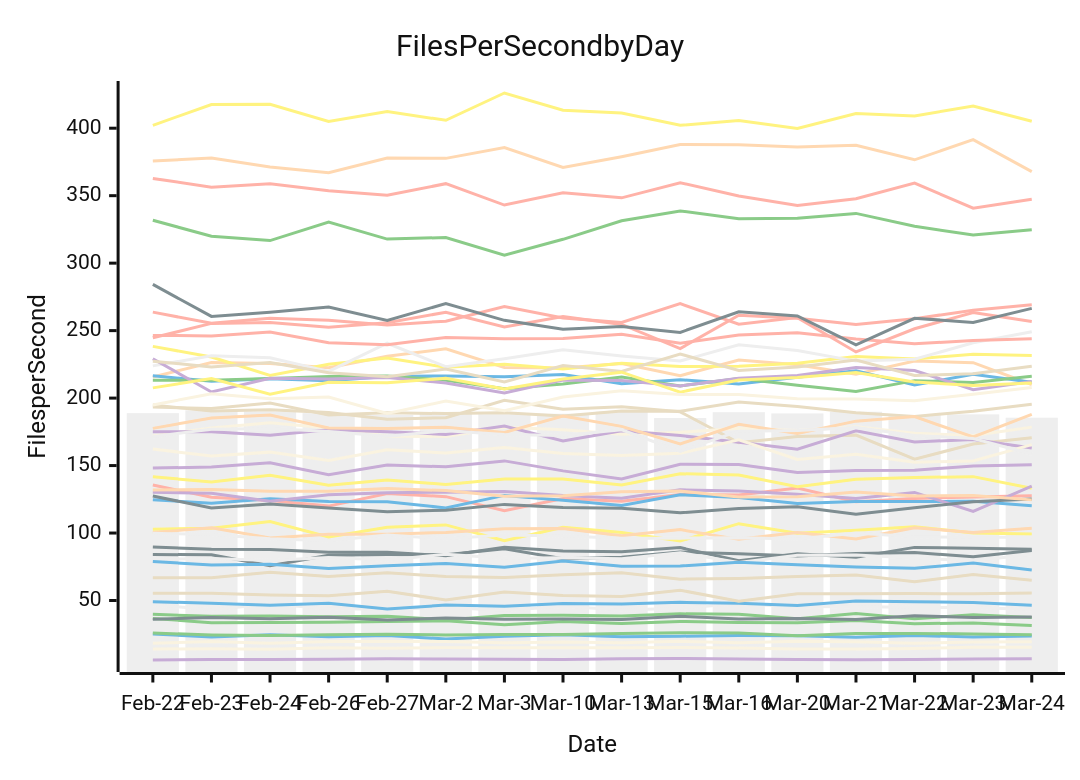
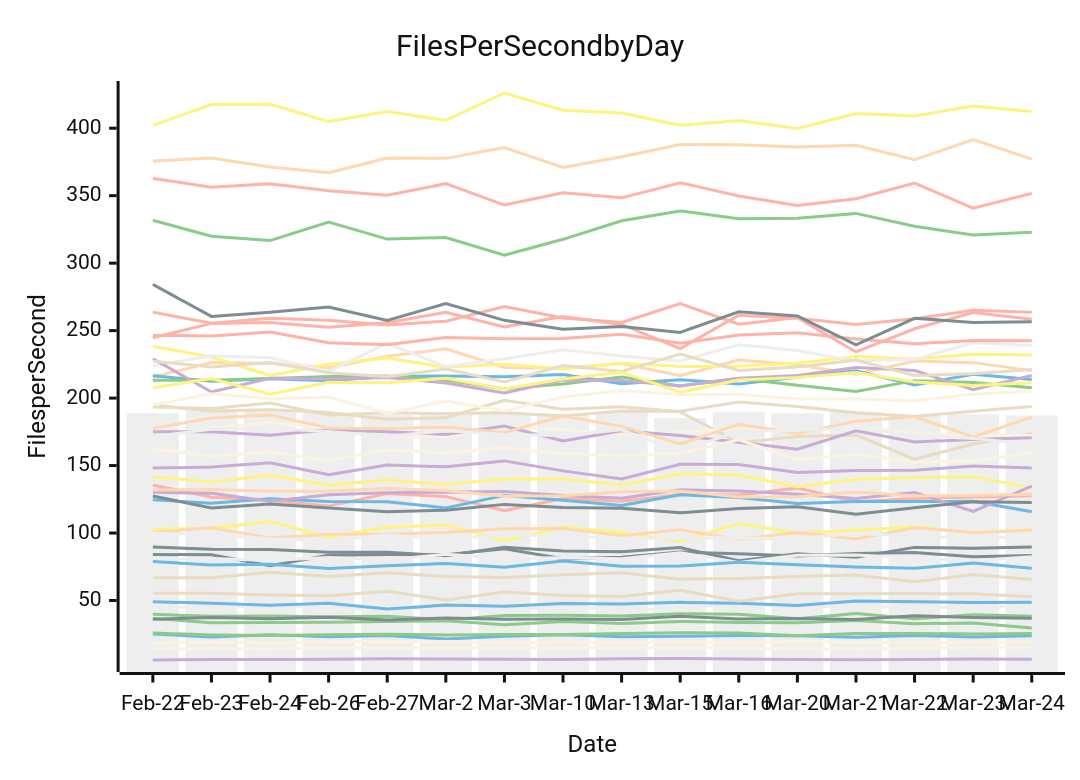
One commit to streetsidesoftware/cspell changed the diagram in perf-report.md. Above: the diagram before and after it, drawn with Mermaid (neutral theme). The commit also changed other lines of this file and 2 other files, not shown here.

````diff
--- a/perf-report.md
+++ b/perf-report.md
@@ -11,57 +11,57 @@
 ```mermaid
 xychart-beta
     title Files Per Second by Day
     y-axis Files per Second
     x-axis Date [Feb-22, Feb-23, Feb-24, Feb-26, Feb-27, Mar-2, Mar-3, Mar-10, Mar-13, Mar-15, Mar-16, Mar-20, Mar-21, Mar-22, Mar-23, Mar-24]
-    bar [188.84, 190.95, 190.14, 188.86, 187.47, 189.15, 187.99, 188.38, 189.98, 185.21, 189.57, 188.63, 189.87, 187.45, 187.93, 185.46]
-    line [25.16, 23.04, 24.66, 23.19, 24.07, 21.50, 23.56, 24.56, 23.16, 23.57, 24.07, 23.83, 22.72, 24.07, 23.01, 23.70]
-    line [39.75, 38.29, 38.55, 38.02, 38.35, 35.65, 38.90, 38.99, 38.46, 40.13, 39.77, 36.42, 40.38, 36.50, 39.38, 37.42]
-    line [5.92, 6.38, 6.30, 6.44, 6.78, 6.62, 6.55, 6.32, 6.79, 7.12, 6.59, 6.35, 6.19, 6.26, 6.60, 6.79]
-    line [66.82, 66.94, 70.88, 67.89, 70.56, 67.78, 66.98, 69.18, 70.51, 65.83, 66.30, 67.73, 68.98, 63.91, 69.35, 65.05]
-    line [135.57, 126.55, 124.20, 119.96, 129.35, 126.96, 116.50, 125.61, 123.50, 128.64, 128.22, 133.34, 123.28, 125.66, 126.65, 127.56]
-    line [102.79, 103.56, 108.60, 97.11, 104.32, 106.04, 94.30, 104.19, 100.36, 94.07, 106.95, 99.82, 102.15, 104.63, 100.11, 99.21]
-    line [84.08, 83.91, 75.76, 83.59, 84.08, 83.89, 88.30, 81.02, 82.11, 85.90, 84.63, 82.99, 84.87, 85.57, 82.40, 87.06]
-    line [215.58, 226.36, 225.70, 222.46, 230.96, 236.51, 222.64, 222.38, 225.56, 216.60, 228.18, 224.68, 217.69, 227.52, 226.28, 210.09]
-    line [18.38, 19.68, 18.34, 19.60, 19.60, 19.63, 18.78, 19.22, 18.67, 19.78, 18.71, 19.79, 19.47, 18.35, 19.30, 19.48]
-    line [46.89, 43.13, 47.48, 43.86, 43.58, 44.95, 42.68, 45.79, 43.00, 44.30, 47.55, 45.42, 45.55, 44.76, 44.94, 43.23]
-    line [124.67, 122.06, 125.40, 123.31, 123.27, 118.58, 127.90, 124.38, 120.45, 128.40, 126.26, 121.85, 123.29, 123.31, 123.57, 120.28]
-    line [331.76, 320.00, 316.72, 330.45, 317.84, 319.02, 305.87, 317.67, 331.44, 338.69, 332.97, 333.24, 336.87, 327.34, 320.84, 324.76]
-    line [148.15, 148.90, 152.11, 143.30, 150.41, 149.07, 153.47, 146.06, 140.05, 150.95, 150.81, 144.94, 146.39, 146.52, 149.65, 150.55]
-    line [194.82, 190.50, 191.36, 189.34, 184.31, 185.47, 198.42, 191.68, 193.62, 189.84, 166.89, 171.60, 172.56, 154.71, 166.00, 170.54]
-    line [244.70, 255.35, 256.03, 252.54, 255.82, 263.63, 252.65, 260.43, 254.55, 236.73, 261.47, 259.22, 254.59, 258.80, 265.17, 269.15]
-    line [141.79, 137.76, 142.75, 135.42, 139.26, 136.06, 139.99, 140.01, 135.63, 143.93, 142.95, 134.36, 139.82, 141.15, 141.79, 133.17]
-    line [89.64, 87.93, 87.72, 85.68, 85.69, 83.26, 89.40, 86.73, 86.09, 89.20, 79.46, 84.64, 82.02, 89.37, 88.80, 87.93]
-    line [375.70, 377.89, 371.33, 366.95, 377.92, 377.66, 385.69, 370.91, 378.91, 387.90, 387.80, 386.06, 387.41, 376.59, 391.51, 367.84]
-    line [14.08, 14.28, 13.96, 14.98, 14.69, 15.09, 15.05, 14.93, 14.92, 15.23, 14.84, 14.06, 13.99, 14.45, 15.39, 15.32]
-    line [80.37, 81.15, 79.72, 81.93, 80.10, 84.29, 81.35, 81.66, 80.93, 85.41, 78.19, 83.51, 83.81, 81.43, 79.47, 84.14]
-    line [49.05, 48.06, 46.41, 47.91, 43.77, 46.60, 45.68, 47.70, 47.47, 48.64, 47.90, 46.22, 49.72, 49.15, 48.47, 46.41]
-    line [36.75, 33.50, 33.75, 33.98, 34.43, 34.99, 32.10, 34.36, 33.03, 34.53, 33.80, 33.49, 35.23, 32.80, 33.41, 31.42]
-    line [130.26, 129.44, 123.58, 128.31, 129.87, 130.27, 130.71, 127.81, 125.76, 132.01, 131.14, 128.67, 125.67, 130.11, 116.06, 134.73]
-    line [55.45, 55.44, 54.09, 53.55, 56.91, 50.34, 56.33, 53.77, 52.96, 57.64, 49.40, 55.01, 55.07, 55.14, 54.97, 55.59]
-    line [263.71, 255.40, 259.16, 257.65, 254.22, 257.02, 267.92, 259.39, 256.02, 269.97, 254.79, 259.65, 234.19, 251.38, 263.45, 256.83]
-    line [238.32, 230.44, 216.76, 225.02, 229.69, 222.82, 225.14, 221.56, 225.82, 223.33, 223.62, 225.78, 230.86, 229.00, 232.44, 231.53]
-    line [127.43, 118.55, 121.57, 118.53, 115.70, 116.93, 121.24, 118.95, 118.40, 114.99, 118.14, 119.47, 113.95, 118.70, 123.16, 125.31]
-    line [100.38, 103.85, 96.33, 99.09, 99.19, 100.48, 103.18, 103.33, 98.05, 102.55, 95.32, 100.34, 95.68, 103.94, 100.49, 103.51]
-    line [171.99, 177.77, 181.65, 177.93, 171.71, 171.61, 178.31, 176.56, 173.19, 174.63, 177.66, 175.92, 178.79, 174.01, 172.30, 178.48]
-    line [223.87, 231.37, 229.84, 219.75, 240.64, 223.28, 229.19, 235.85, 231.18, 227.46, 239.47, 235.22, 227.41, 228.79, 241.01, 249.20]
-    line [216.61, 212.54, 214.33, 212.86, 215.99, 216.40, 215.81, 217.40, 210.64, 213.63, 210.38, 215.44, 220.20, 209.66, 217.73, 211.67]
-    line [213.31, 213.15, 214.61, 215.98, 216.39, 213.20, 207.00, 210.46, 215.67, 209.05, 214.60, 209.59, 204.82, 212.94, 211.50, 216.14]
-    line [175.03, 175.02, 172.48, 176.50, 175.06, 173.05, 179.29, 168.17, 175.84, 172.23, 167.20, 162.09, 175.73, 167.53, 169.26, 163.10]
-    line [193.32, 192.22, 196.28, 187.50, 189.10, 188.54, 189.19, 186.81, 190.52, 190.26, 197.02, 193.75, 189.15, 186.42, 190.28, 195.47]
-    line [246.48, 246.10, 248.98, 240.98, 239.52, 244.96, 243.99, 244.22, 247.23, 240.74, 246.80, 248.37, 243.77, 240.29, 242.61, 244.02]
-    line [402.15, 417.55, 417.69, 405.05, 412.32, 405.86, 426.09, 413.29, 411.20, 402.18, 405.65, 399.88, 410.92, 409.10, 416.42, 405.21]
-    line [36.10, 37.37, 36.52, 37.66, 35.60, 37.02, 36.08, 36.38, 35.91, 38.37, 36.25, 36.61, 35.87, 38.67, 37.37, 37.84]
-    line [177.56, 185.31, 187.50, 177.93, 177.54, 178.41, 174.58, 186.65, 179.06, 166.05, 180.55, 173.75, 182.92, 186.30, 171.18, 187.97]
-    line [162.30, 157.06, 159.96, 153.79, 161.66, 159.28, 163.36, 159.01, 157.48, 159.10, 169.05, 154.54, 158.47, 152.54, 153.40, 165.56]
-    line [99.76, 98.90, 95.69, 94.30, 98.50, 95.82, 98.55, 97.82, 96.22, 96.21, 96.60, 95.61, 100.00, 97.34, 96.90, 96.95]
-    line [78.95, 76.37, 76.80, 73.75, 75.77, 77.40, 74.68, 79.36, 75.39, 75.58, 78.40, 76.58, 74.92, 73.83, 77.77, 72.58]
-    line [25.87, 24.49, 24.03, 24.62, 25.06, 24.45, 24.76, 24.74, 25.60, 26.18, 25.98, 23.83, 25.61, 25.64, 25.22, 24.68]
-    line [229.20, 204.56, 214.62, 214.22, 215.21, 211.23, 203.79, 213.30, 213.00, 209.05, 214.75, 216.78, 222.67, 220.47, 206.28, 212.36]
-    line [227.37, 223.02, 226.36, 218.81, 215.75, 221.50, 212.02, 224.11, 219.75, 232.68, 220.52, 223.12, 228.15, 216.79, 218.07, 223.68]
-    line [362.80, 356.26, 358.85, 353.61, 350.32, 358.90, 343.06, 352.21, 348.39, 359.59, 349.81, 342.75, 347.71, 359.34, 340.76, 347.39]
-    line [207.58, 214.51, 202.85, 211.79, 211.44, 214.66, 206.78, 214.22, 219.20, 204.44, 213.42, 215.32, 218.95, 211.96, 209.30, 211.22]
-    line [284.25, 260.54, 263.62, 267.57, 257.62, 270.01, 257.62, 250.97, 253.10, 248.68, 263.99, 260.91, 239.46, 259.16, 256.10, 266.48]
-    line [131.83, 132.27, 131.01, 131.00, 133.00, 131.45, 127.22, 127.60, 130.54, 131.20, 126.76, 126.98, 130.36, 127.52, 127.75, 124.58]
-    line [194.87, 203.28, 199.45, 200.84, 188.59, 197.81, 190.62, 200.86, 205.50, 202.63, 202.69, 199.56, 199.40, 197.96, 202.91, 207.84]
-    line [171.39, 176.96, 177.51, 175.27, 171.69, 175.82, 173.02, 172.27, 176.52, 160.55, 175.49, 175.91, 178.24, 172.29, 170.07, 158.58]
+    bar [188.84, 190.95, 190.14, 188.86, 187.47, 189.15, 187.99, 188.38, 189.98, 185.21, 189.57, 188.63, 189.87, 187.45, 187.93, 187.15]
+    line [25.16, 23.04, 24.66, 23.19, 24.07, 21.50, 23.56, 24.56, 23.16, 23.57, 24.07, 23.83, 22.72, 24.07, 23.01, 23.84]
+    line [39.75, 38.29, 38.55, 38.02, 38.35, 35.65, 38.90, 38.99, 38.46, 40.13, 39.77, 36.42, 40.38, 36.50, 39.38, 38.42]
+    line [5.92, 6.38, 6.30, 6.44, 6.78, 6.62, 6.55, 6.32, 6.79, 7.12, 6.59, 6.35, 6.19, 6.26, 6.60, 6.49]
+    line [66.82, 66.94, 70.88, 67.89, 70.56, 67.78, 66.98, 69.18, 70.51, 65.83, 66.30, 67.73, 68.98, 63.91, 69.35, 65.56]
+    line [135.57, 126.55, 124.20, 119.96, 129.35, 126.96, 116.50, 125.61, 123.50, 128.64, 128.22, 133.34, 123.28, 125.66, 126.65, 127.66]
+    line [102.79, 103.56, 108.60, 97.11, 104.32, 106.04, 94.30, 104.19, 100.36, 94.07, 106.95, 99.82, 102.15, 104.63, 100.11, 102.72]
+    line [84.08, 83.91, 75.76, 83.59, 84.08, 83.89, 88.30, 81.02, 82.11, 85.90, 84.63, 82.99, 84.87, 85.57, 82.40, 83.37]
+    line [215.58, 226.36, 225.70, 222.46, 230.96, 236.51, 222.64, 222.38, 225.56, 216.60, 228.18, 224.68, 217.69, 227.52, 226.28, 220.35]
+    line [18.38, 19.68, 18.34, 19.60, 19.60, 19.63, 18.78, 19.22, 18.67, 19.78, 18.71, 19.79, 19.47, 18.35, 19.30, 19.22]
+    line [46.89, 43.13, 47.48, 43.86, 43.58, 44.95, 42.68, 45.79, 43.00, 44.30, 47.55, 45.42, 45.55, 44.76, 44.94, 45.95]
+    line [124.67, 122.06, 125.40, 123.31, 123.27, 118.58, 127.90, 124.38, 120.45, 128.40, 126.26, 121.85, 123.29, 123.31, 123.57, 115.84]
+    line [331.76, 320.00, 316.72, 330.45, 317.84, 319.02, 305.87, 317.67, 331.44, 338.69, 332.97, 333.24, 336.87, 327.34, 320.84, 322.86]
+    line [148.15, 148.90, 152.11, 143.30, 150.41, 149.07, 153.47, 146.06, 140.05, 150.95, 150.81, 144.94, 146.39, 146.52, 149.65, 148.27]
+    line [194.82, 190.50, 191.36, 189.34, 184.31, 185.47, 198.42, 191.68, 193.62, 189.84, 166.89, 171.60, 172.56, 154.71, 166.00, 173.76]
+    line [244.70, 255.35, 256.03, 252.54, 255.82, 263.63, 252.65, 260.43, 254.55, 236.73, 261.47, 259.22, 254.59, 258.80, 265.17, 263.64]
+    line [141.79, 137.76, 142.75, 135.42, 139.26, 136.06, 139.99, 140.01, 135.63, 143.93, 142.95, 134.36, 139.82, 141.15, 141.79, 133.38]
+    line [89.64, 87.93, 87.72, 85.68, 85.69, 83.26, 89.40, 86.73, 86.09, 89.20, 79.46, 84.64, 82.02, 89.37, 88.80, 89.61]
+    line [375.70, 377.89, 371.33, 366.95, 377.92, 377.66, 385.69, 370.91, 378.91, 387.90, 387.80, 386.06, 387.41, 376.59, 391.51, 377.14]
+    line [14.08, 14.28, 13.96, 14.98, 14.69, 15.09, 15.05, 14.93, 14.92, 15.23, 14.84, 14.06, 13.99, 14.45, 15.39, 15.36]
+    line [80.37, 81.15, 79.72, 81.93, 80.10, 84.29, 81.35, 81.66, 80.93, 85.41, 78.19, 83.51, 83.81, 81.43, 79.47, 82.42]
+    line [49.05, 48.06, 46.41, 47.91, 43.77, 46.60, 45.68, 47.70, 47.47, 48.64, 47.90, 46.22, 49.72, 49.15, 48.47, 48.65]
+    line [36.75, 33.50, 33.75, 33.98, 34.43, 34.99, 32.10, 34.36, 33.03, 34.53, 33.80, 33.49, 35.23, 32.80, 33.41, 29.57]
+    line [130.26, 129.44, 123.58, 128.31, 129.87, 130.27, 130.71, 127.81, 125.76, 132.01, 131.14, 128.67, 125.67, 130.11, 116.06, 134.85]
+    line [55.45, 55.44, 54.09, 53.55, 56.91, 50.34, 56.33, 53.77, 52.96, 57.64, 49.40, 55.01, 55.07, 55.14, 54.97, 52.74]
+    line [263.71, 255.40, 259.16, 257.65, 254.22, 257.02, 267.92, 259.39, 256.02, 269.97, 254.79, 259.65, 234.19, 251.38, 263.45, 258.50]
+    line [238.32, 230.44, 216.76, 225.02, 229.69, 222.82, 225.14, 221.56, 225.82, 223.33, 223.62, 225.78, 230.86, 229.00, 232.44, 231.98]
+    line [127.43, 118.55, 121.57, 118.53, 115.70, 116.93, 121.24, 118.95, 118.40, 114.99, 118.14, 119.47, 113.95, 118.70, 123.16, 122.67]
+    line [100.38, 103.85, 96.33, 99.09, 99.19, 100.48, 103.18, 103.33, 98.05, 102.55, 95.32, 100.34, 95.68, 103.94, 100.49, 102.11]
+    line [171.99, 177.77, 181.65, 177.93, 171.71, 171.61, 178.31, 176.56, 173.19, 174.63, 177.66, 175.92, 178.79, 174.01, 172.30, 172.31]
+    line [223.87, 231.37, 229.84, 219.75, 240.64, 223.28, 229.19, 235.85, 231.18, 227.46, 239.47, 235.22, 227.41, 228.79, 241.01, 238.96]
+    line [216.61, 212.54, 214.33, 212.86, 215.99, 216.40, 215.81, 217.40, 210.64, 213.63, 210.38, 215.44, 220.20, 209.66, 217.73, 213.87]
+    line [213.31, 213.15, 214.61, 215.98, 216.39, 213.20, 207.00, 210.46, 215.67, 209.05, 214.60, 209.59, 204.82, 212.94, 211.50, 207.71]
+    line [175.03, 175.02, 172.48, 176.50, 175.06, 173.05, 179.29, 168.17, 175.84, 172.23, 167.20, 162.09, 175.73, 167.53, 169.26, 170.63]
+    line [193.32, 192.22, 196.28, 187.50, 189.10, 188.54, 189.19, 186.81, 190.52, 190.26, 197.02, 193.75, 189.15, 186.42, 190.28, 193.76]
+    line [246.48, 246.10, 248.98, 240.98, 239.52, 244.96, 243.99, 244.22, 247.23, 240.74, 246.80, 248.37, 243.77, 240.29, 242.61, 242.43]
+    line [402.15, 417.55, 417.69, 405.05, 412.32, 405.86, 426.09, 413.29, 411.20, 402.18, 405.65, 399.88, 410.92, 409.10, 416.42, 412.42]
+    line [36.10, 37.37, 36.52, 37.66, 35.60, 37.02, 36.08, 36.38, 35.91, 38.37, 36.25, 36.61, 35.87, 38.67, 37.37, 36.85]
+    line [177.56, 185.31, 187.50, 177.93, 177.54, 178.41, 174.58, 186.65, 179.06, 166.05, 180.55, 173.75, 182.92, 186.30, 171.18, 185.86]
+    line [162.30, 157.06, 159.96, 153.79, 161.66, 159.28, 163.36, 159.01, 157.48, 159.10, 169.05, 154.54, 158.47, 152.54, 153.40, 159.54]
+    line [99.76, 98.90, 95.69, 94.30, 98.50, 95.82, 98.55, 97.82, 96.22, 96.21, 96.60, 95.61, 100.00, 97.34, 96.90, 96.79]
+    line [78.95, 76.37, 76.80, 73.75, 75.77, 77.40, 74.68, 79.36, 75.39, 75.58, 78.40, 76.58, 74.92, 73.83, 77.77, 73.95]
+    line [25.87, 24.49, 24.03, 24.62, 25.06, 24.45, 24.76, 24.74, 25.60, 26.18, 25.98, 23.83, 25.61, 25.64, 25.22, 25.54]
+    line [229.20, 204.56, 214.62, 214.22, 215.21, 211.23, 203.79, 213.30, 213.00, 209.05, 214.75, 216.78, 222.67, 220.47, 206.28, 216.80]
+    line [227.37, 223.02, 226.36, 218.81, 215.75, 221.50, 212.02, 224.11, 219.75, 232.68, 220.52, 223.12, 228.15, 216.79, 218.07, 221.22]
+    line [362.80, 356.26, 358.85, 353.61, 350.32, 358.90, 343.06, 352.21, 348.39, 359.59, 349.81, 342.75, 347.71, 359.34, 340.76, 351.68]
+    line [207.58, 214.51, 202.85, 211.79, 211.44, 214.66, 206.78, 214.22, 219.20, 204.44, 213.42, 215.32, 218.95, 211.96, 209.30, 211.44]
+    line [284.25, 260.54, 263.62, 267.57, 257.62, 270.01, 257.62, 250.97, 253.10, 248.68, 263.99, 260.91, 239.46, 259.16, 256.10, 256.56]
+    line [131.83, 132.27, 131.01, 131.00, 133.00, 131.45, 127.22, 127.60, 130.54, 131.20, 126.76, 126.98, 130.36, 127.52, 127.75, 128.80]
+    line [194.87, 203.28, 199.45, 200.84, 188.59, 197.81, 190.62, 200.86, 205.50, 202.63, 202.69, 199.56, 199.40, 197.96, 202.91, 205.04]
+    line [171.39, 176.96, 177.51, 175.27, 171.69, 175.82, 173.02, 172.27, 176.52, 160.55, 175.49, 175.91, 178.24, 172.29, 170.07, 166.06]
 ```
````
